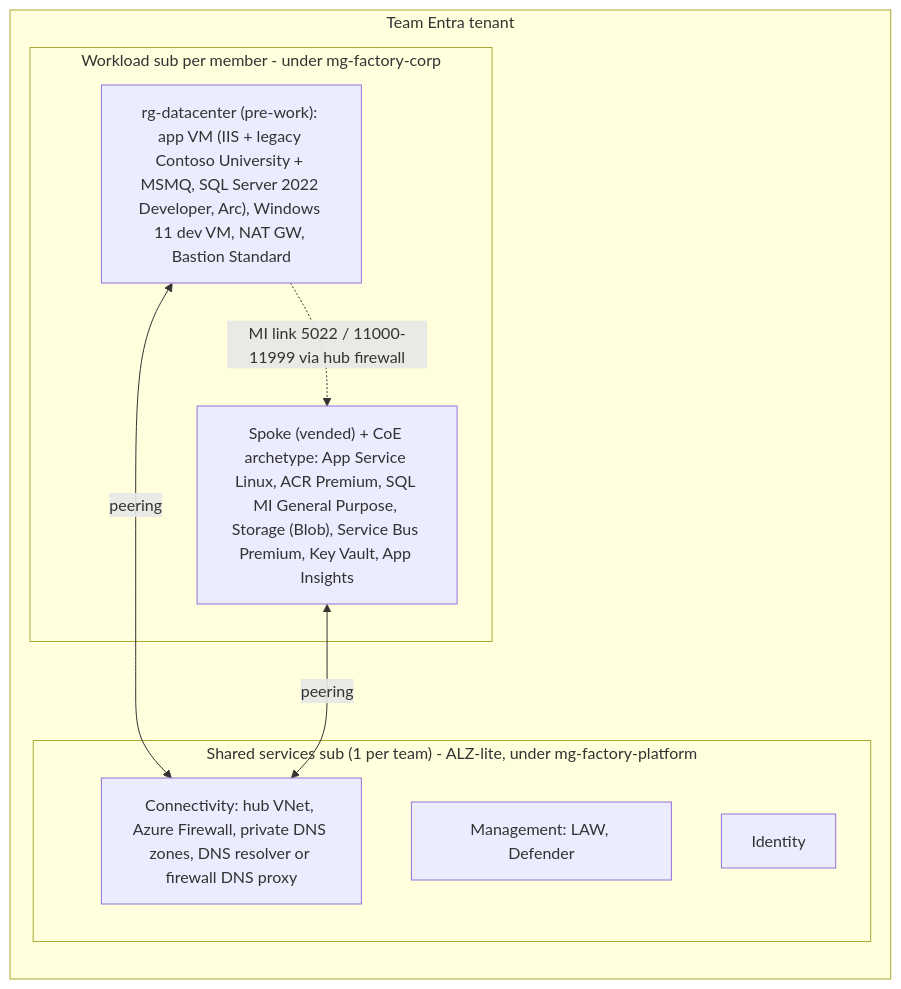
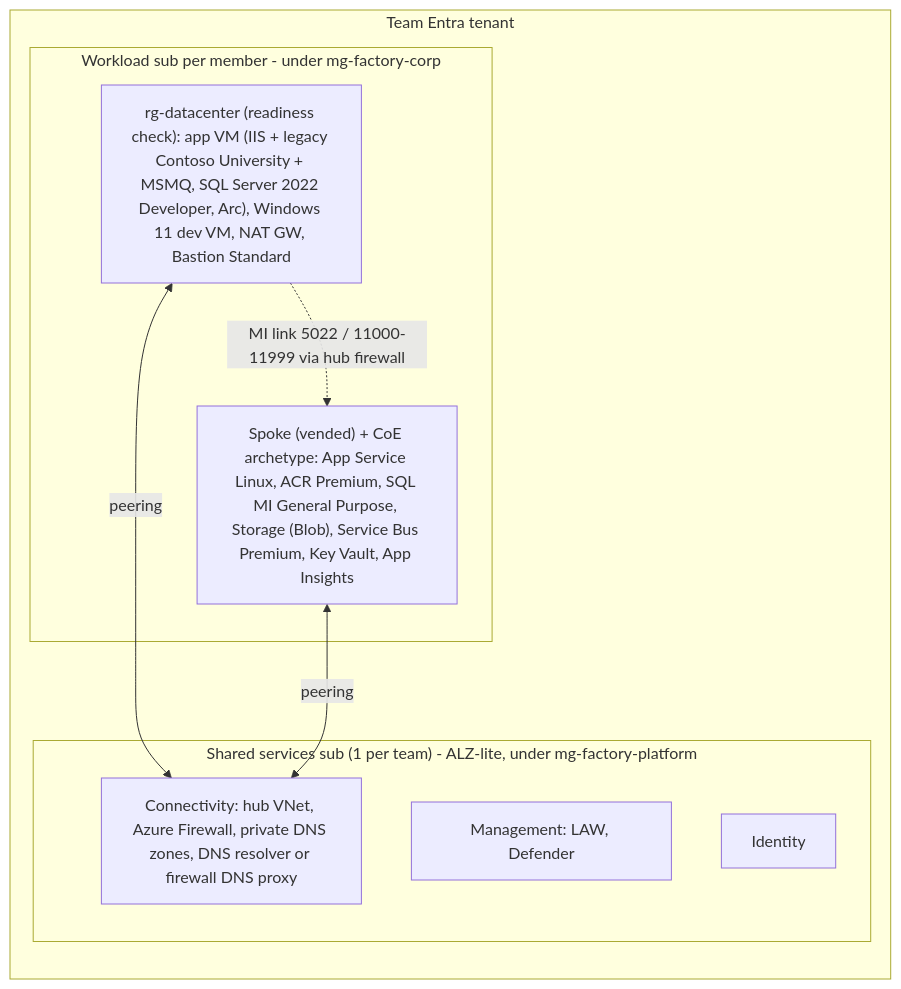
Before and after one commit to jonathan-vella/apex-factory-hackathon: the diagram in docs/prd.md, drawn with Mermaid. The commit also changed other lines of this file and 94 other files, not shown here.

````diff
--- a/docs/prd.md
+++ b/docs/prd.md
@@ -57,17 +57,17 @@
 ```mermaid
 flowchart LR
   subgraph T["Team Entra tenant"]
     subgraph P["Shared services sub (1 per team) - ALZ-lite, under mg-factory-platform"]
       MGMT["Management: LAW, Defender"]
       CONN["Connectivity: hub VNet, Azure Firewall, private DNS zones, DNS resolver or firewall DNS proxy"]
       ID["Identity"]
     end
     subgraph W["Workload sub per member - under mg-factory-corp"]
-      DC["rg-datacenter (pre-work): app VM (IIS + legacy Contoso University + MSMQ, SQL Server 2022 Developer, Arc), Windows 11 dev VM, NAT GW, Bastion Standard"]
+      DC["rg-datacenter (readiness check): app VM (IIS + legacy Contoso University + MSMQ, SQL Server 2022 Developer, Arc), Windows 11 dev VM, NAT GW, Bastion Standard"]
       SPOKE["Spoke (vended) + CoE archetype: App Service Linux, ACR Premium, SQL MI General Purpose, Storage (Blob), Service Bus Premium, Key Vault, App Insights"]
     end
   end
   DC <-- peering --> CONN
   SPOKE <-- peering --> CONN
   DC -. "MI link 5022 / 11000-11999 via hub firewall" .-> SPOKE
 ```
````
